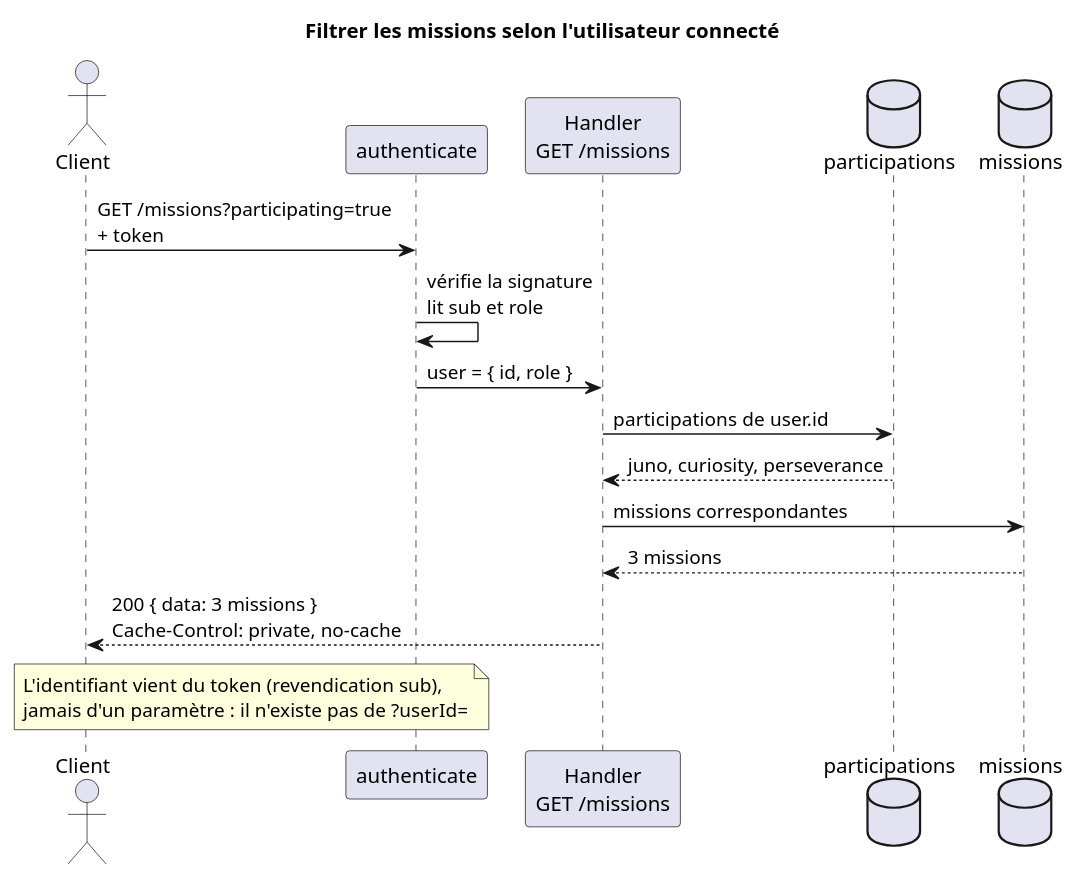
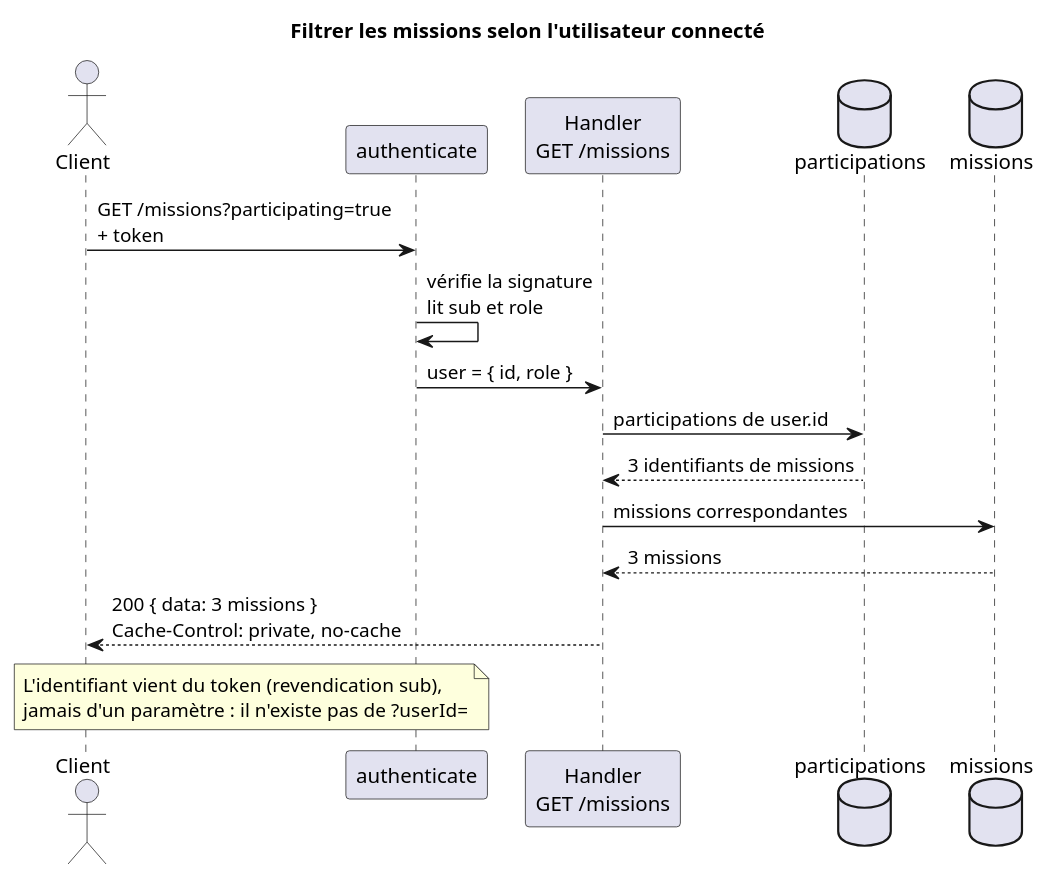
One commit to shrp777/planets-api changed the diagram in docs/schemas/filtre-utilisateur.puml. Above: the diagram before and after it, drawn with PlantUML. The commit also changed 24 other files, not shown here.

```diff
--- a/docs/schemas/filtre-utilisateur.puml
+++ b/docs/schemas/filtre-utilisateur.puml
@@ -1,23 +1,23 @@
 @startuml filtre-utilisateur
 title Filtrer les missions selon l'utilisateur connecté
 
 actor "Client" as Client
 participant "authenticate" as Auth
 participant "Handler\nGET /missions" as Handler
 database "participations" as Participations
 database "missions" as Missions
 
 Client -> Auth : GET /missions?participating=true\n+ token
 Auth -> Auth : vérifie la signature\nlit sub et role
 Auth -> Handler : user = { id, role }
 Handler -> Participations : participations de user.id
-Participations --> Handler : juno, curiosity, perseverance
+Participations --> Handler : 3 identifiants de missions
 Handler -> Missions : missions correspondantes
 Missions --> Handler : 3 missions
 Handler --> Client : 200 { data: 3 missions }\nCache-Control: private, no-cache
 
 note over Client, Auth
   L'identifiant vient du token (revendication sub),
   jamais d'un paramètre : il n'existe pas de ?userId=
 end note
 @enduml
```
